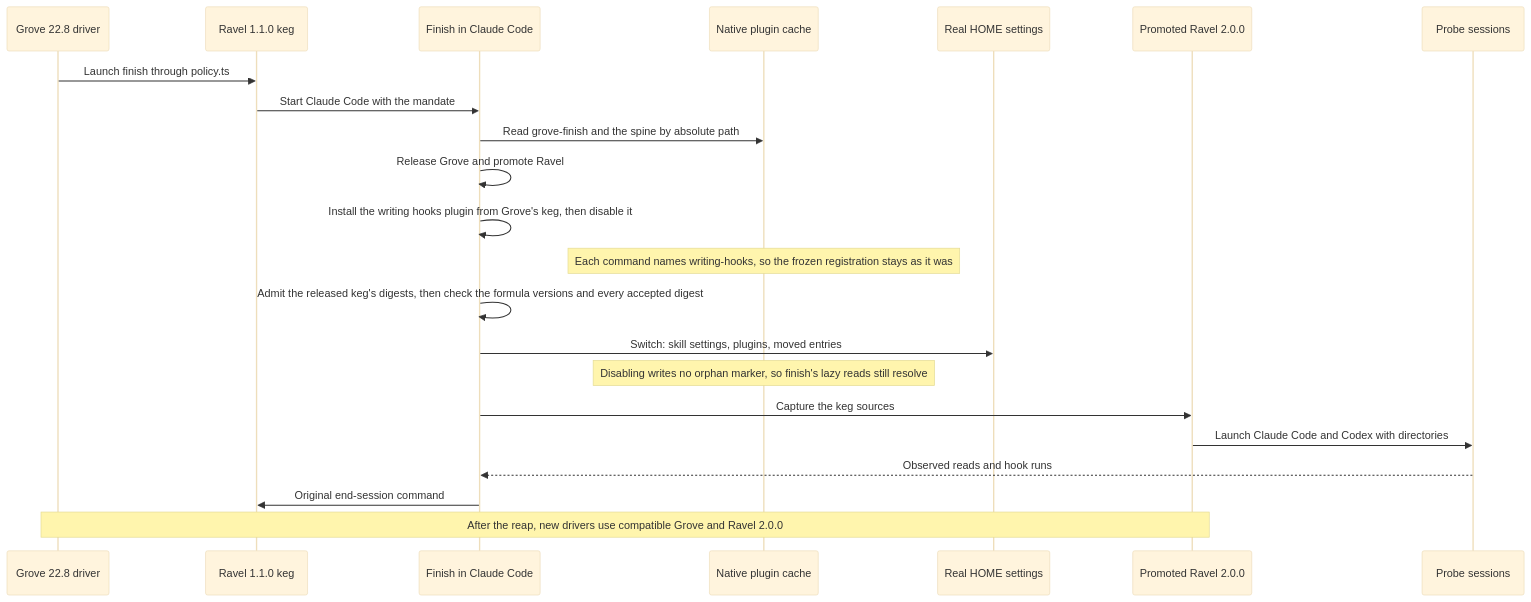
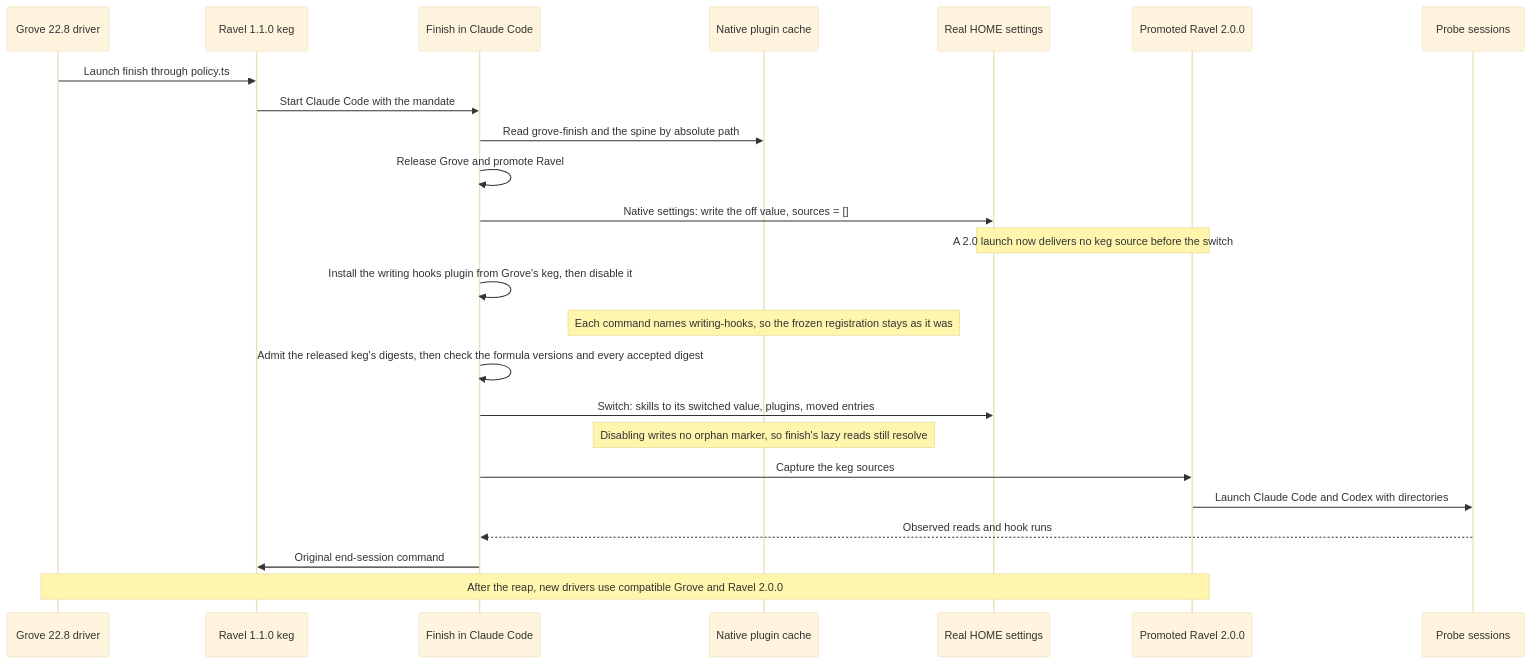
The diagram in docs/design/harness-selection-and-execution/owner-final-session.mmd (Linkuistics/grove), drawn with Mermaid (base theme) before and after one commit. The commit also changed 15 other files, not shown here.

First line of the commit message:
Design Ravel's default skill directory and the native settings of the switch (ravel-default-skill-directory-k218)

```diff
--- a/docs/design/harness-selection-and-execution/owner-final-session.mmd
+++ b/docs/design/harness-selection-and-execution/owner-final-session.mmd
@@ -1,22 +1,24 @@
 sequenceDiagram
     participant D as Grove 22.8 driver
     participant R1 as Ravel 1.1.0 keg
     participant F as Finish in Claude Code
     participant N as Native plugin cache
     participant H as Real HOME settings
     participant R2 as Promoted Ravel 2.0.0
     participant P as Probe sessions
     D->>R1: Launch finish through policy.ts
     R1->>F: Start Claude Code with the mandate
     F->>N: Read grove-finish and the spine by absolute path
     F->>F: Release Grove and promote Ravel
+    F->>H: Native settings: write the off value, sources = []
+    Note over H,R2: A 2.0 launch now delivers no keg source before the switch
     F->>F: Install the writing hooks plugin from Grove's keg, then disable it
     Note over N: Each command names writing-hooks, so the frozen registration stays as it was
     F->>F: Admit the released keg's digests, then check the formula versions and every accepted digest
-    F->>H: Switch: skill settings, plugins, moved entries
+    F->>H: Switch: skills to its switched value, plugins, moved entries
     Note over N: Disabling writes no orphan marker, so finish's lazy reads still resolve
     F->>R2: Capture the keg sources
     R2->>P: Launch Claude Code and Codex with directories
     P-->>F: Observed reads and hook runs
     F->>R1: Original end-session command
     Note over D,R2: After the reap, new drivers use compatible Grove and Ravel 2.0.0
```
